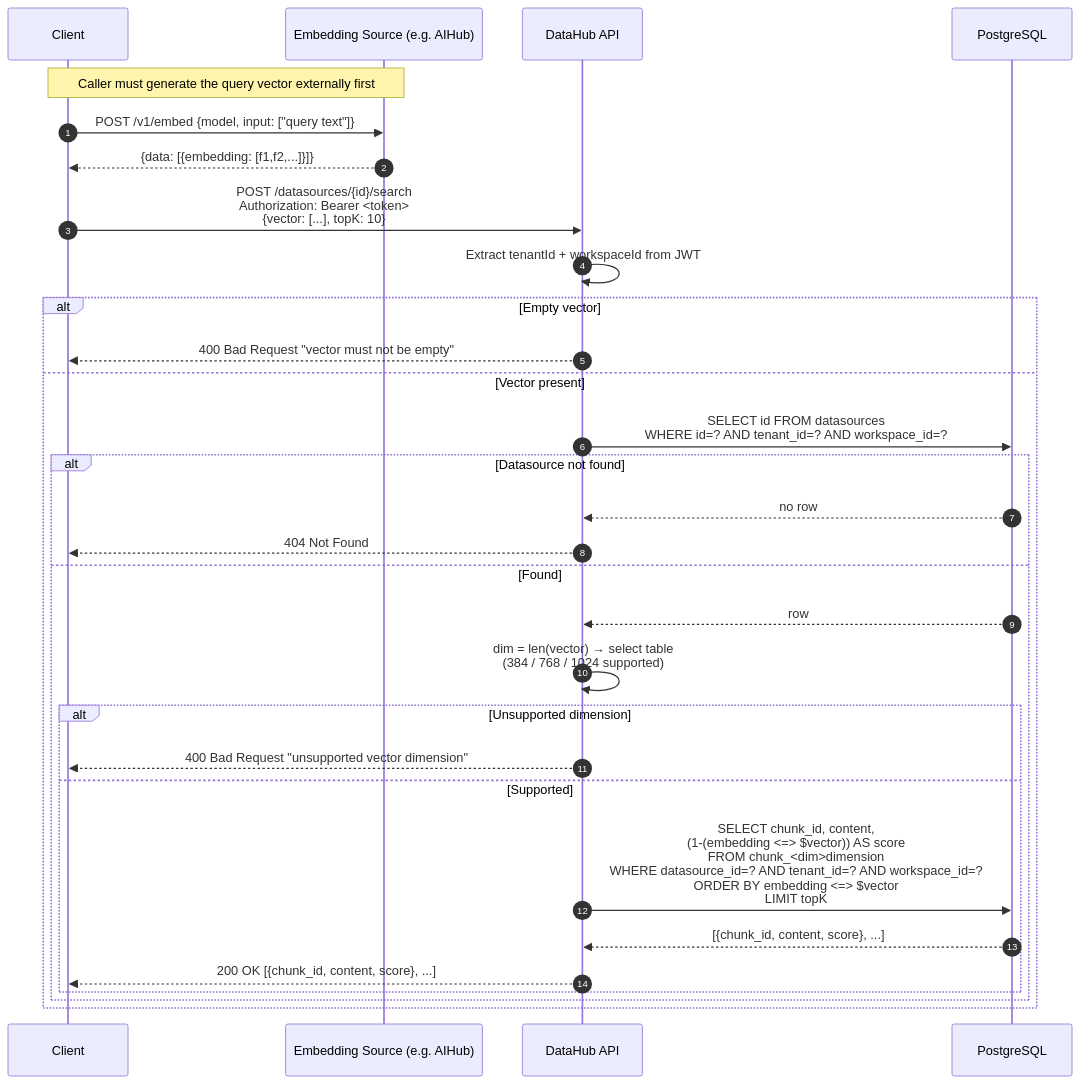
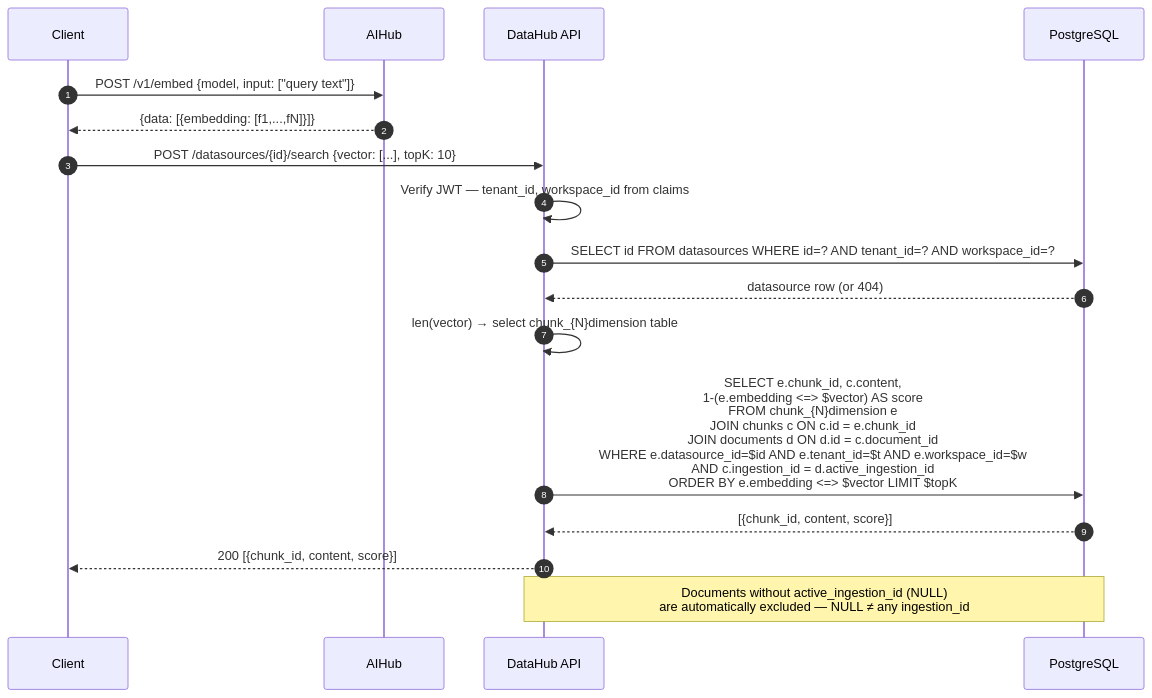
Before and after one commit to Andrew-Bu1/Agent-Platform: the ninth of 12 diagrams in docs/architecture/datahub/sequence.md, drawn with Mermaid. The commit also changed other lines of this file and 6 other files, not shown here.

````diff
--- a/docs/architecture/datahub/sequence.md
+++ b/docs/architecture/datahub/sequence.md
@@ -393,34 +446,22 @@
 ```mermaid
 sequenceDiagram
     autonumber
     participant C as Client
-    participant EXT as Embedding Source (e.g. AIHub)
+    participant AIHub as AIHub
     participant DH as DataHub API
     participant DB as PostgreSQL
 
-    Note over C,EXT: Caller must generate the query vector externally first
-    C->>EXT: POST /v1/embed {model, input: ["query text"]}
-    EXT-->>C: {data: [{embedding: [f1,f2,...]}]}
+    C->>AIHub: POST /v1/embed {model, input: ["query text"]}
+    AIHub-->>C: {data: [{embedding: [f1,...,fN]}]}
 
-    C->>DH: POST /datasources/{id}/search<br/>Authorization: Bearer <token><br/>{vector: [...], topK: 10}
-    DH->>DH: Extract tenantId + workspaceId from JWT
-    alt Empty vector
-        DH-->>C: 400 Bad Request "vector must not be empty"
-    else Vector present
-        DH->>DB: SELECT id FROM datasources<br/>WHERE id=? AND tenant_id=? AND workspace_id=?
-        alt Datasource not found
-            DB-->>DH: no row
-            DH-->>C: 404 Not Found
-        else Found
-            DB-->>DH: row
-            DH->>DH: dim = len(vector) → select table<br/>(384 / 768 / 1024 supported)
-            alt Unsupported dimension
-                DH-->>C: 400 Bad Request "unsupported vector dimension"
-            else Supported
-                DH->>DB: SELECT chunk_id, content,<br/>(1-(embedding <=> $vector)) AS score<br/>FROM chunk_<dim>dimension<br/>WHERE datasource_id=? AND tenant_id=? AND workspace_id=?<br/>ORDER BY embedding <=> $vector<br/>LIMIT topK
-                DB-->>DH: [{chunk_id, content, score}, ...]
-                DH-->>C: 200 OK [{chunk_id, content, score}, ...]
-            end
-        end
-    end
+    C->>DH: POST /datasources/{id}/search {vector: [...], topK: 10}
+    DH->>DH: Verify JWT — tenant_id, workspace_id from claims
+    DH->>DB: SELECT id FROM datasources WHERE id=? AND tenant_id=? AND workspace_id=?
+    DB-->>DH: datasource row (or 404)
+    DH->>DH: len(vector) → select chunk_{N}dimension table
+    DH->>DB: SELECT e.chunk_id, c.content,<br/>       1-(e.embedding <=> $vector) AS score<br/>FROM chunk_{N}dimension e<br/>JOIN chunks   c ON c.id  = e.chunk_id<br/>JOIN documents d ON d.id = c.document_id<br/>WHERE e.datasource_id=$id AND e.tenant_id=$t AND e.workspace_id=$w<br/>  AND c.ingestion_id = d.active_ingestion_id<br/>ORDER BY e.embedding <=> $vector LIMIT $topK
+    DB-->>DH: [{chunk_id, content, score}]
+    DH-->>C: 200 [{chunk_id, content, score}]
+
+    Note over DH,DB: Documents without active_ingestion_id (NULL)<br/>are automatically excluded — NULL ≠ any ingestion_id
 ```
````
